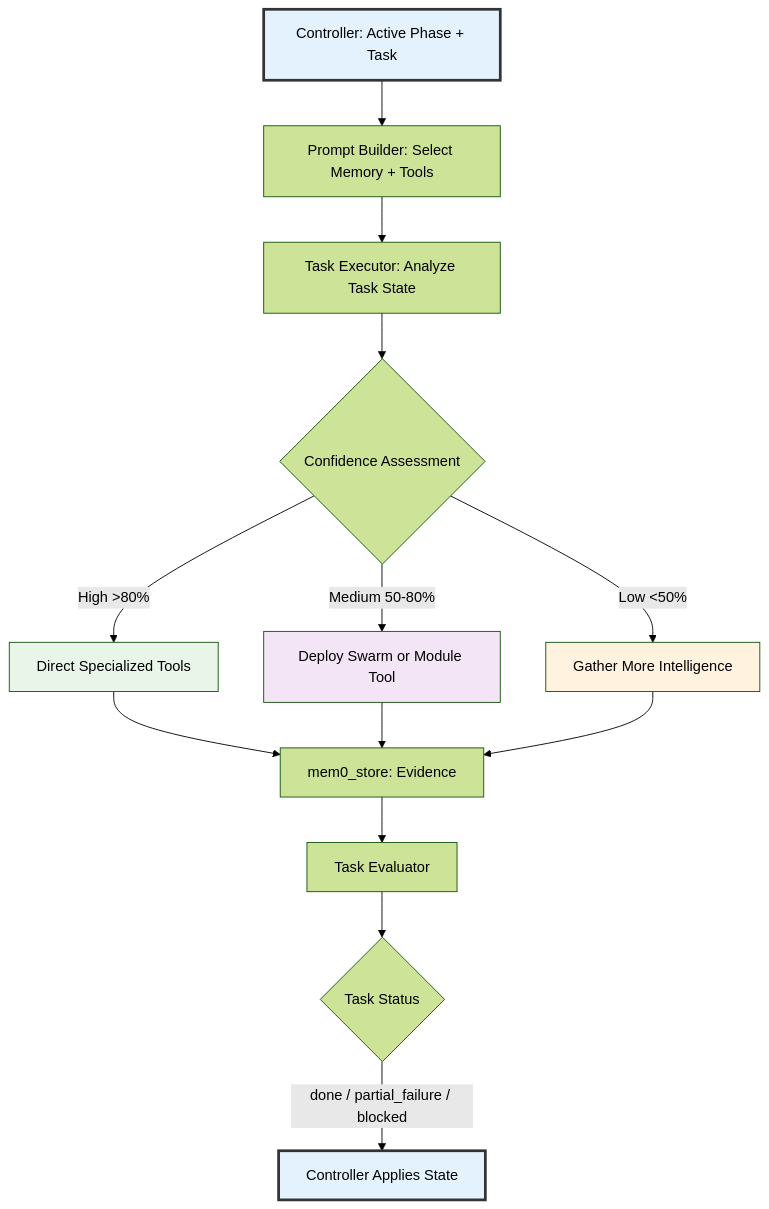
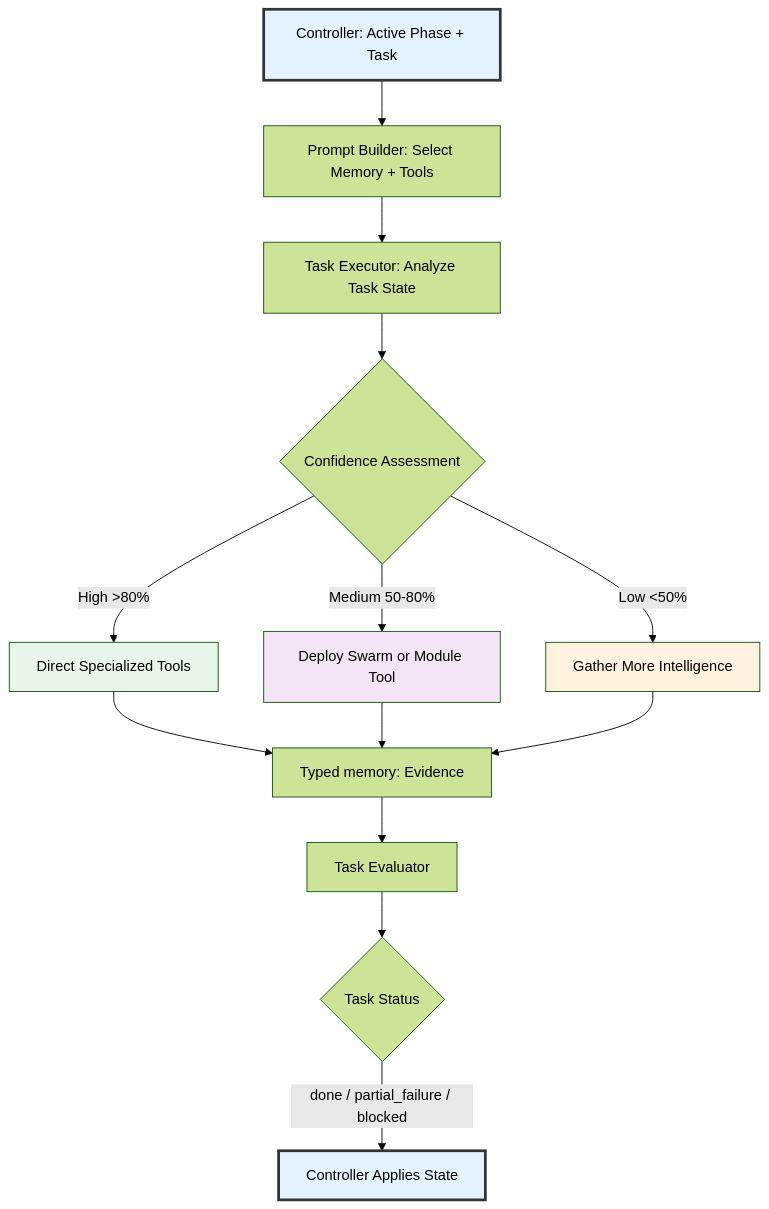
The fifth of 7 diagrams in docs/architecture.md (double16/Cyber-AutoAgent-ng), drawn with Mermaid (forest theme) before and after one commit. The commit also changed other lines of this file and 182 other files, not shown here.

````diff
--- a/docs/architecture.md
+++ b/docs/architecture.md
@@ -141,24 +255,24 @@
 ```mermaid
 flowchart TD
     A[Controller: Active Phase + Task] --> B[Prompt Builder: Select Memory + Tools]
     B --> C[Task Executor: Analyze Task State]
     C --> D{Confidence Assessment}
     
     D -->|High >80%| E[Direct Specialized Tools]
     D -->|Medium 50-80%| F[Deploy Swarm or Module Tool]
     D -->|Low <50%| G[Gather More Intelligence]
     
-    E --> H[mem0_store: Evidence]
+    E --> H[Typed memory: Evidence]
     F --> H
     G --> H
     
     H --> I[Task Evaluator]
     I --> J{Task Status}
     J -->|done / partial_failure / blocked| K[Controller Applies State]
     
     style A fill:#e3f2fd,stroke:#333,stroke-width:3px
     style K fill:#e3f2fd,stroke:#333,stroke-width:3px
     style E fill:#e8f5e8
     style F fill:#f3e5f5
     style G fill:#fff3e0
 ```
````
